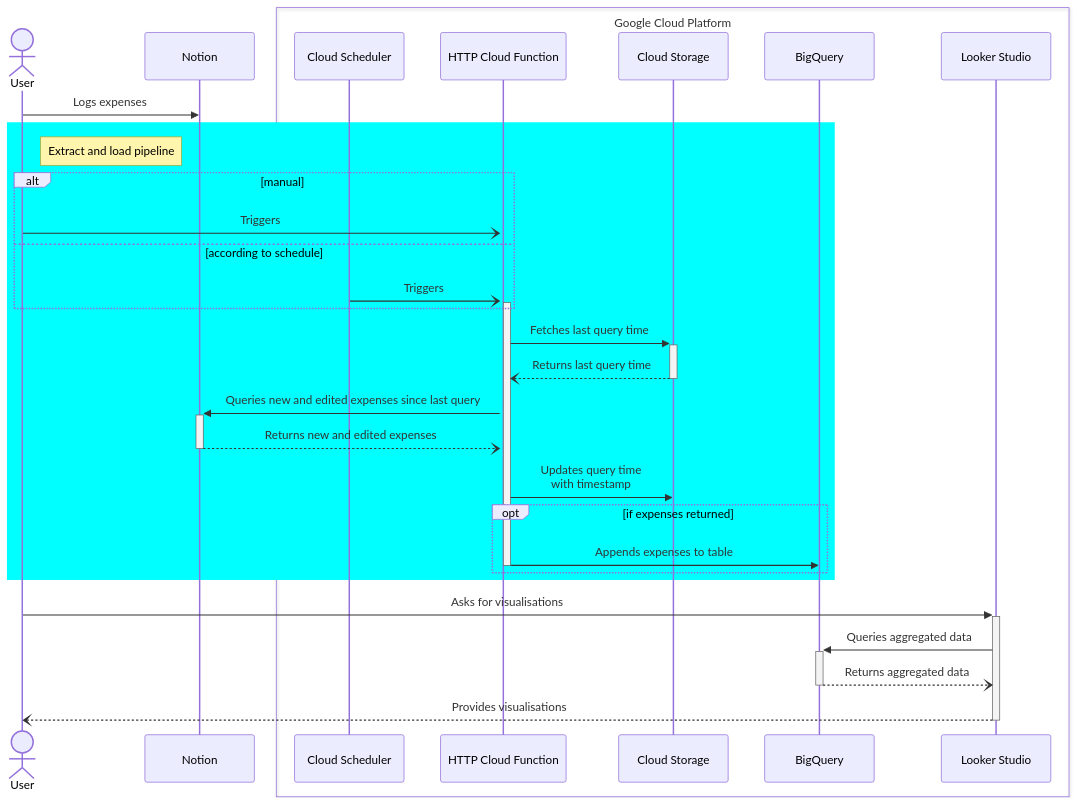
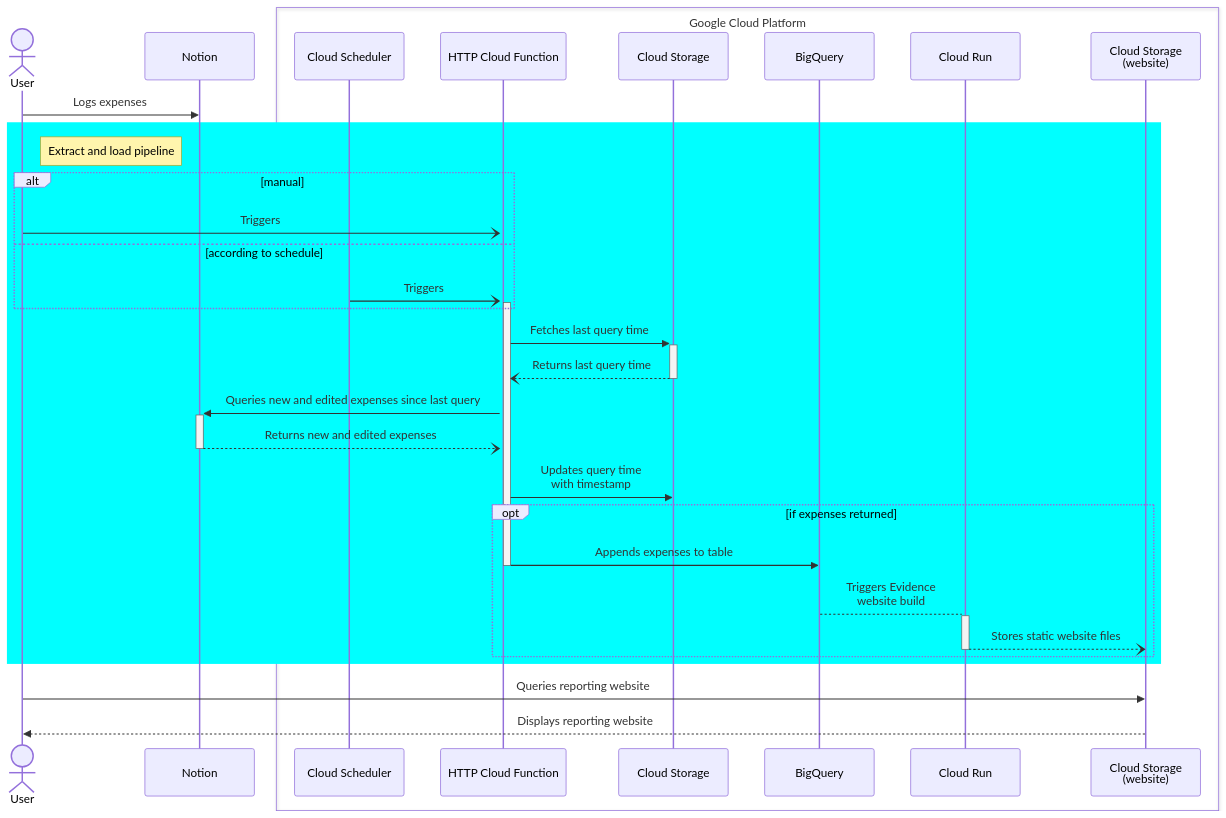
Before and after one commit to tucared/personal-expense-tracker: the diagram in README.md, drawn with Mermaid. The commit also changed other lines of this file and 10 other files, not shown here.

````diff
--- a/README.md
+++ b/README.md
@@ -380,36 +259,37 @@
 ```mermaid
 sequenceDiagram
     actor U as User
     participant N as Notion
     box Google Cloud Platform
     participant CS as Cloud Scheduler
     participant CF as HTTP Cloud Function
     participant GCS as Cloud Storage
     participant BQ as BigQuery
-    participant LS as Looker Studio
+    participant CR as Cloud Run
+    participant GCSw as Cloud Storage<br>(website)
     end
 
     U->>N: Logs expenses
 
     rect rgb(0, 255, 255)
         note right of U: Extract and load pipeline
         alt manual
             U-)+CF: Triggers
         else according to schedule
             CS-)+CF: Triggers
         end
         CF->>+GCS: Fetches last query time
         GCS--)-CF: Returns last query time
         CF->>+N: Queries new and edited expenses since last query
         N--)-CF: Returns new and edited expenses
         CF->>GCS: Updates query time <br>with timestamp
         opt if expenses returned
             CF->>-BQ: Appends expenses to table
+            BQ-->+CR: Triggers Evidence<br>website build
+            CR--)-GCSw: Stores static website files
         end
     end
 
-    U->>+LS: Asks for visualisations
-    LS->>+BQ: Queries aggregated data
-    BQ--)-LS: Returns aggregated data
-    LS--)-U: Provides visualisations
+    U->>GCSw: Queries reporting website
+    GCSw-->>U: Displays reporting website
 ```
````
